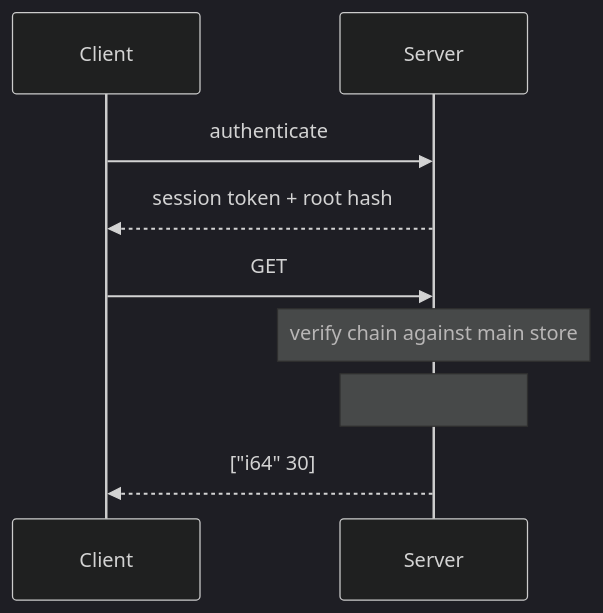
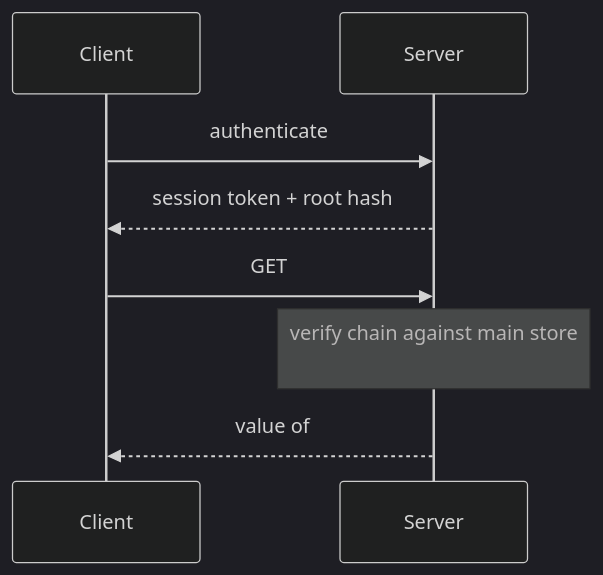
Before and after one commit to jclaggett/dacite: the third of 9 diagrams in docs/authorization-design.md, drawn with Mermaid (dark theme). The commit also changed other lines of this file, not shown here.

Commit message:
Fix Mermaid rendering: merge split notes, remove bracket syntax

````diff
--- a/docs/authorization-design.md
+++ b/docs/authorization-design.md
@@ -118,13 +118,12 @@
 ```mermaid
 sequenceDiagram
     participant C as Client
     participant S as Server
 
     C->>S: authenticate
     S-->>C: session token + root hash #R
 
     C->>S: GET #S3, chain: [#R, #E2, #V2, #S3]
-    Note over S: verify chain against main store
-    Note over S: #R→#E2→#V2→#S3 ✓
-    S-->>C: ["i64" 30]
+    Note over S: verify chain against main store<br/>#R→#E2→#V2→#S3 ✓
+    S-->>C: value of #S3
 ```
````
